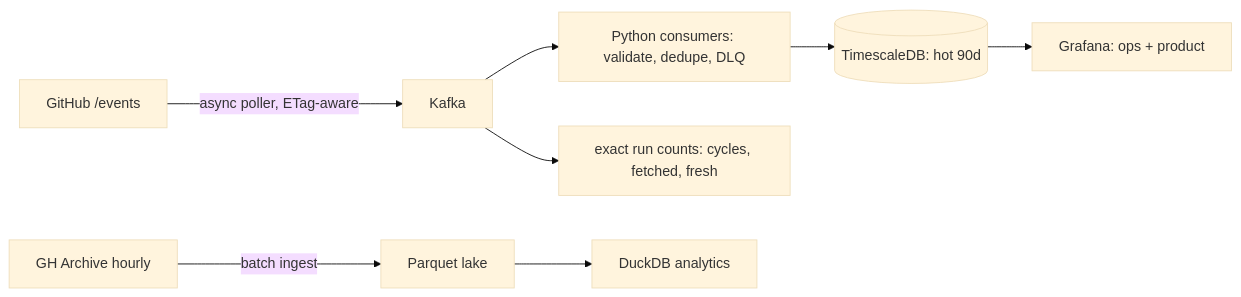
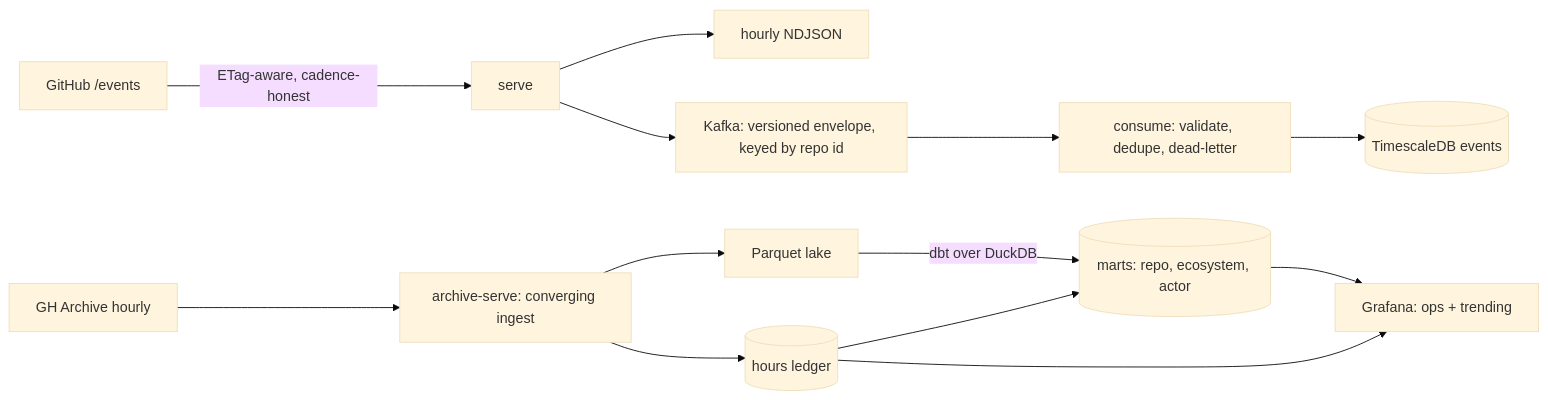
One commit to deeason7/reporadar changed the diagram in README.md. Above: the diagram before and after it, drawn with Mermaid (base theme). The commit also changed other lines of this file, not shown here.

````diff
--- a/README.md
+++ b/README.md
@@ -85,10 +78,15 @@
 ```mermaid
 flowchart LR
-    GH[GitHub /events] -->|async poller, ETag-aware| K[Kafka]
-    GA[GH Archive hourly] -->|batch ingest| L[Parquet lake]
-    K --> C[Python consumers: validate, dedupe, DLQ]
-    C --> TS[(TimescaleDB: hot 90d)]
-    L --> D[DuckDB analytics]
-    K --> M[exact run counts: cycles, fetched, fresh]
-    TS --> G[Grafana: ops + product]
+    GH[GitHub /events] -->|ETag-aware, cadence-honest| S[serve]
+    S --> N[hourly NDJSON]
+    S --> K[Kafka: versioned envelope, keyed by repo id]
+    K --> C[consume: validate, dedupe, dead-letter]
+    C --> TS[(TimescaleDB events)]
+    GA[GH Archive hourly] --> A[archive-serve: converging ingest]
+    A --> L[Parquet lake]
+    A --> H[(hours ledger)]
+    L -->|dbt over DuckDB| M[(marts: repo, ecosystem, actor)]
+    H --> M
+    M --> G[Grafana: ops + trending]
+    H --> G
 ```
````
